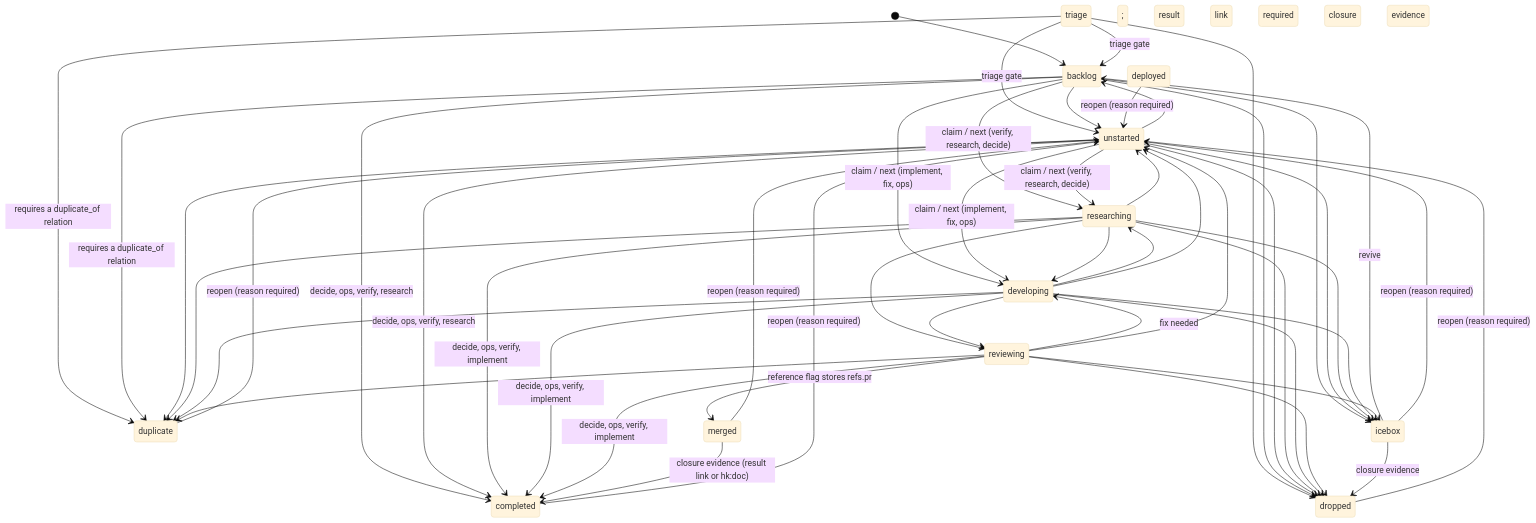
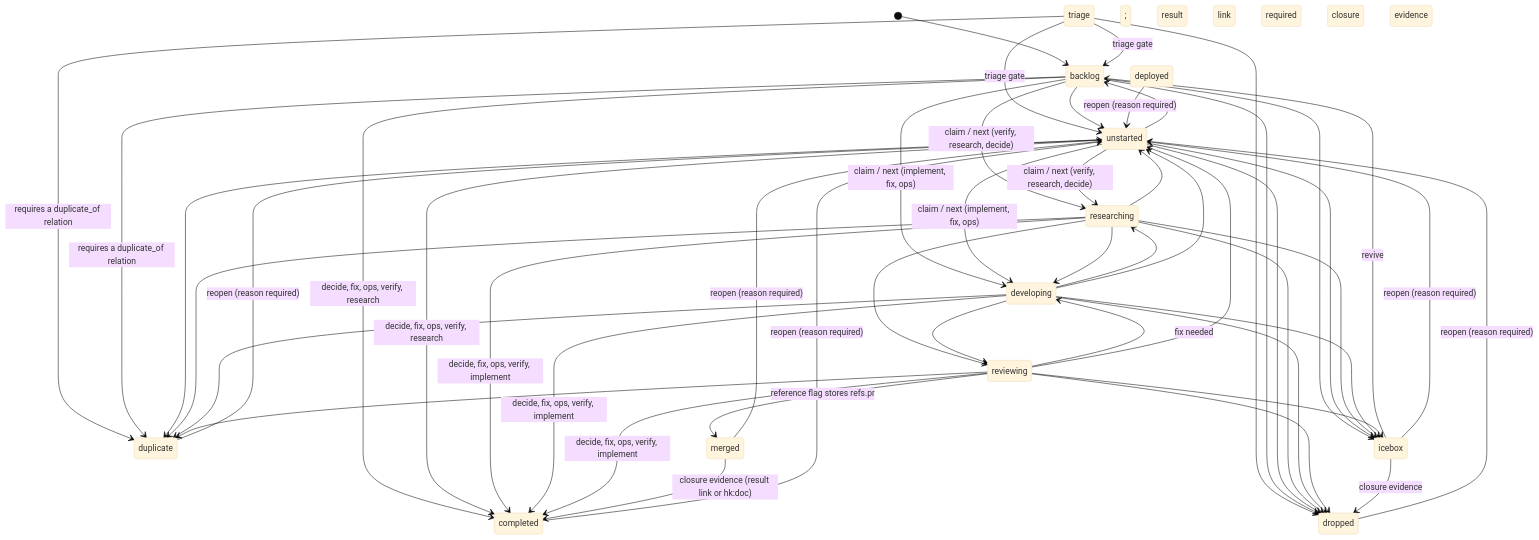
Before and after one commit to mgh3326/handoffkeep: the diagram in README.md, drawn with Mermaid (base theme). The commit also changed other lines of this file and 10 other files, not shown here.

First line of the commit message:
hk 5256: let a fix task close as completed on evidence without its own change

````diff
--- a/README.md
+++ b/README.md
@@ -167,52 +167,52 @@
 ```mermaid
 stateDiagram-v2
     [*] --> backlog
     triage --> backlog: triage gate
     triage --> unstarted: triage gate
     triage --> dropped
     triage --> duplicate: requires a duplicate_of relation
     backlog --> unstarted
     backlog --> researching: claim / next (verify, research, decide)
     backlog --> developing: claim / next (implement, fix, ops)
     backlog --> icebox
     backlog --> dropped
     backlog --> duplicate: requires a duplicate_of relation
-    backlog --> completed: decide, ops, verify, research; result link required
+    backlog --> completed: decide, fix, ops, verify, research; result link required
     unstarted --> backlog
     unstarted --> researching: claim / next (verify, research, decide)
     unstarted --> developing: claim / next (implement, fix, ops)
     unstarted --> icebox
     unstarted --> dropped
     unstarted --> duplicate
-    unstarted --> completed: decide, ops, verify, research; result link required
+    unstarted --> completed: decide, fix, ops, verify, research; result link required
     researching --> developing
     researching --> reviewing
     researching --> unstarted
     researching --> icebox
     researching --> dropped
     researching --> duplicate
-    researching --> completed: decide, ops, verify, implement; closure evidence required
+    researching --> completed: decide, fix, ops, verify, implement; closure evidence required
     developing --> researching
     developing --> reviewing
     developing --> unstarted
     developing --> icebox
     developing --> dropped
     developing --> duplicate
-    developing --> completed: decide, ops, verify, implement; closure evidence required
+    developing --> completed: decide, fix, ops, verify, implement; closure evidence required
     reviewing --> developing: fix needed
     reviewing --> merged: reference flag stores refs.pr
     reviewing --> unstarted
     reviewing --> icebox
     reviewing --> dropped
     reviewing --> duplicate
-    reviewing --> completed: decide, ops, verify, implement; closure evidence required
+    reviewing --> completed: decide, fix, ops, verify, implement; closure evidence required
     merged --> unstarted: reopen (reason required)
     merged --> completed: closure evidence (result link or hk:doc)
     deployed --> unstarted: reopen (reason required)
     completed --> unstarted: reopen (reason required)
     dropped --> unstarted: reopen (reason required)
     duplicate --> unstarted: reopen (reason required)
     icebox --> backlog: revive
     icebox --> unstarted: reopen (reason required)
     icebox --> dropped: closure evidence
 ```
````
